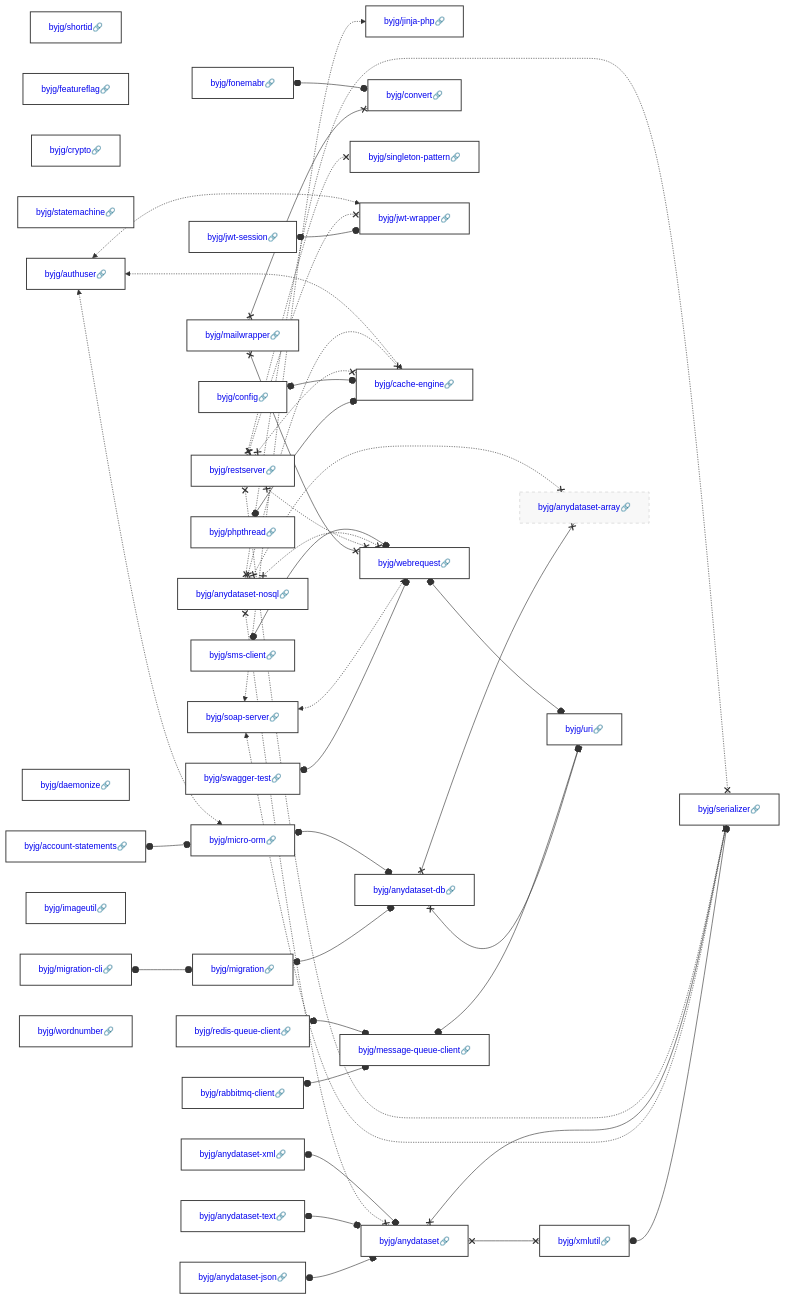
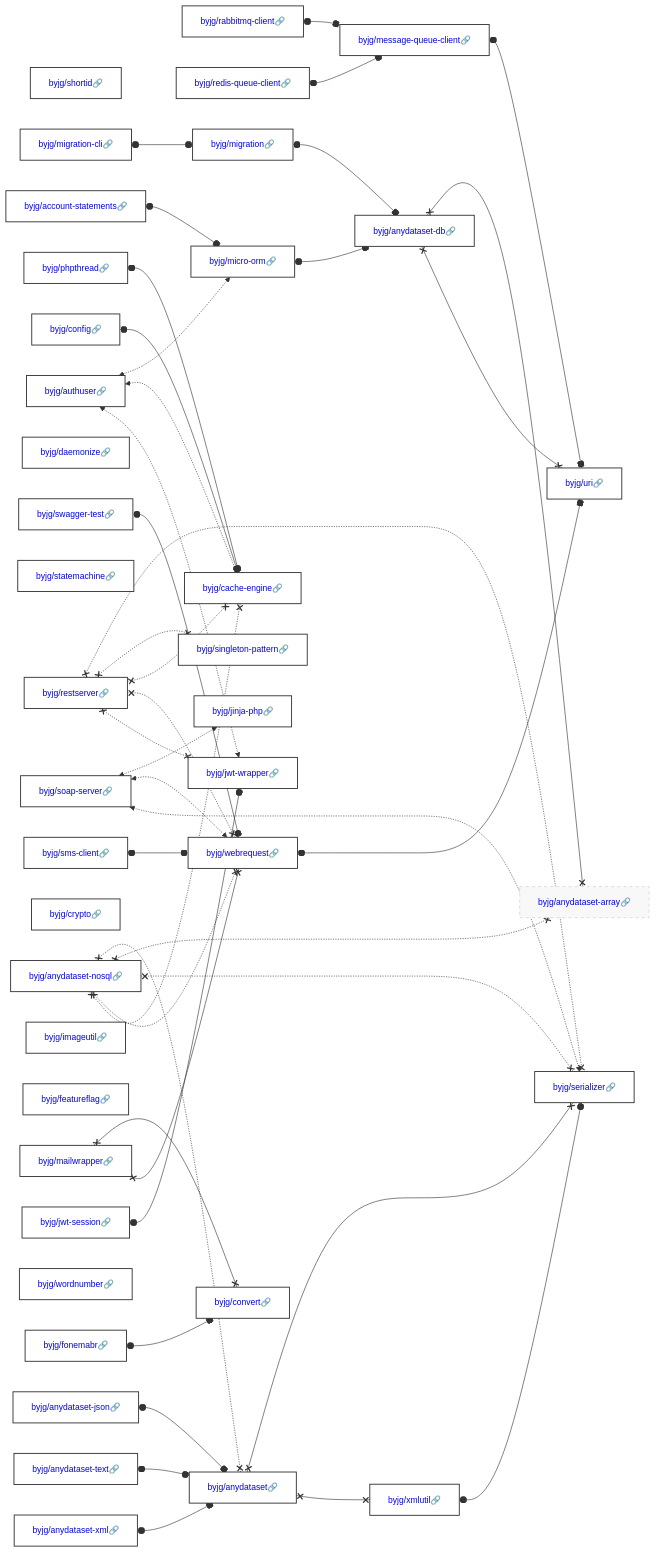
The diagram in docs/php/README.md (byjg/byjg.github.io), drawn with Mermaid before and after one commit. The commit also changed other lines of this file, not shown here.

Commit message:
Update documentation 'php' 'php-cache-engine'

````diff
--- a/docs/php/README.md
+++ b/docs/php/README.md
@@ -3,40 +3,40 @@
 ```mermaid
 graph LR;
-  byjg/anydataset-nosql[<a href='https://opensource.byjg.com/docs/php/anydataset-nosql' style='text-decoration:none'>byjg/anydataset-nosql🔗</a>];
-  byjg/anydataset-xml[<a href='https://opensource.byjg.com/docs/php/anydataset-xml' style='text-decoration:none'>byjg/anydataset-xml🔗</a>];
-  byjg/sms-client[<a href='https://opensource.byjg.com/docs/php/sms-client' style='text-decoration:none'>byjg/sms-client🔗</a>];
   byjg/shortid[<a href='https://opensource.byjg.com/docs/php/shortid' style='text-decoration:none'>byjg/shortid🔗</a>];
   byjg/rabbitmq-client[<a href='https://opensource.byjg.com/docs/php/rabbitmq-client' style='text-decoration:none'>byjg/rabbitmq-client🔗</a>];
-  byjg/fonemabr[<a href='https://opensource.byjg.com/docs/php/fonemabr' style='text-decoration:none'>byjg/fonemabr🔗</a>];
-  byjg/featureflag[<a href='https://opensource.byjg.com/docs/php/featureflag' style='text-decoration:none'>byjg/featureflag🔗</a>];
-  byjg/crypto[<a href='https://opensource.byjg.com/docs/php/crypto' style='text-decoration:none'>byjg/crypto🔗</a>];
+  byjg/account-statements[<a href='https://opensource.byjg.com/docs/php/account-statements' style='text-decoration:none'>byjg/account-statements🔗</a>];
+  byjg/anydataset-text[<a href='https://opensource.byjg.com/docs/php/anydataset-text' style='text-decoration:none'>byjg/anydataset-text🔗</a>];
+  byjg/swagger-test[<a href='https://opensource.byjg.com/docs/php/swagger-test' style='text-decoration:none'>byjg/swagger-test🔗</a>];
+  byjg/anydataset-nosql[<a href='https://opensource.byjg.com/docs/php/anydataset-nosql' style='text-decoration:none'>byjg/anydataset-nosql🔗</a>];
+  byjg/restserver[<a href='https://opensource.byjg.com/docs/php/restserver' style='text-decoration:none'>byjg/restserver🔗</a>];
+  byjg/daemonize[<a href='https://opensource.byjg.com/docs/php/daemonize' style='text-decoration:none'>byjg/daemonize🔗</a>];
+  byjg/phpthread[<a href='https://opensource.byjg.com/docs/php/phpthread' style='text-decoration:none'>byjg/phpthread🔗</a>];
   byjg/statemachine[<a href='https://opensource.byjg.com/docs/php/statemachine' style='text-decoration:none'>byjg/statemachine🔗</a>];
   byjg/soap-server[<a href='https://opensource.byjg.com/docs/php/soap-server' style='text-decoration:none'>byjg/soap-server🔗</a>];
-  byjg/phpthread[<a href='https://opensource.byjg.com/docs/php/phpthread' style='text-decoration:none'>byjg/phpthread🔗</a>];
-  byjg/account-statements[<a href='https://opensource.byjg.com/docs/php/account-statements' style='text-decoration:none'>byjg/account-statements🔗</a>];
-  byjg/jwt-session[<a href='https://opensource.byjg.com/docs/php/jwt-session' style='text-decoration:none'>byjg/jwt-session🔗</a>];
-  byjg/daemonize[<a href='https://opensource.byjg.com/docs/php/daemonize' style='text-decoration:none'>byjg/daemonize🔗</a>];
+  byjg/mailwrapper[<a href='https://opensource.byjg.com/docs/php/mailwrapper' style='text-decoration:none'>byjg/mailwrapper🔗</a>];
+  byjg/sms-client[<a href='https://opensource.byjg.com/docs/php/sms-client' style='text-decoration:none'>byjg/sms-client🔗</a>];
+  byjg/crypto[<a href='https://opensource.byjg.com/docs/php/crypto' style='text-decoration:none'>byjg/crypto🔗</a>];
+  byjg/migration-cli[<a href='https://opensource.byjg.com/docs/php/migration-cli' style='text-decoration:none'>byjg/migration-cli🔗</a>];
+  byjg/imageutil[<a href='https://opensource.byjg.com/docs/php/imageutil' style='text-decoration:none'>byjg/imageutil🔗</a>];
+  byjg/featureflag[<a href='https://opensource.byjg.com/docs/php/featureflag' style='text-decoration:none'>byjg/featureflag🔗</a>];
   byjg/redis-queue-client[<a href='https://opensource.byjg.com/docs/php/redis-queue-client' style='text-decoration:none'>byjg/redis-queue-client🔗</a>];
+  byjg/config[<a href='https://opensource.byjg.com/docs/php/config' style='text-decoration:none'>byjg/config🔗</a>];
   byjg/authuser[<a href='https://opensource.byjg.com/docs/php/authuser' style='text-decoration:none'>byjg/authuser🔗</a>];
-  byjg/imageutil[<a href='https://opensource.byjg.com/docs/php/imageutil' style='text-decoration:none'>byjg/imageutil🔗</a>];
-  byjg/mailwrapper[<a href='https://opensource.byjg.com/docs/php/mailwrapper' style='text-decoration:none'>byjg/mailwrapper🔗</a>];
-  byjg/restserver[<a href='https://opensource.byjg.com/docs/php/restserver' style='text-decoration:none'>byjg/restserver🔗</a>];
-  byjg/anydataset-text[<a href='https://opensource.byjg.com/docs/php/anydataset-text' style='text-decoration:none'>byjg/anydataset-text🔗</a>];
-  byjg/migration-cli[<a href='https://opensource.byjg.com/docs/php/migration-cli' style='text-decoration:none'>byjg/migration-cli🔗</a>];
-  byjg/config[<a href='https://opensource.byjg.com/docs/php/config' style='text-decoration:none'>byjg/config🔗</a>];
-  byjg/swagger-test[<a href='https://opensource.byjg.com/docs/php/swagger-test' style='text-decoration:none'>byjg/swagger-test🔗</a>];
   byjg/wordnumber[<a href='https://opensource.byjg.com/docs/php/wordnumber' style='text-decoration:none'>byjg/wordnumber🔗</a>];
   byjg/anydataset-json[<a href='https://opensource.byjg.com/docs/php/anydataset-json' style='text-decoration:none'>byjg/anydataset-json🔗</a>];
+  byjg/anydataset-xml[<a href='https://opensource.byjg.com/docs/php/anydataset-xml' style='text-decoration:none'>byjg/anydataset-xml🔗</a>];
+  byjg/jwt-session[<a href='https://opensource.byjg.com/docs/php/jwt-session' style='text-decoration:none'>byjg/jwt-session🔗</a>];
+  byjg/fonemabr[<a href='https://opensource.byjg.com/docs/php/fonemabr' style='text-decoration:none'>byjg/fonemabr🔗</a>];
+  byjg/singleton-pattern[<a href='https://opensource.byjg.com/docs/php/singleton-pattern' style='text-decoration:none'>byjg/singleton-pattern🔗</a>];
   byjg/jinja-php[<a href='https://opensource.byjg.com/docs/php/jinja-php' style='text-decoration:none'>byjg/jinja-php🔗</a>];
+  byjg/webrequest[<a href='https://opensource.byjg.com/docs/php/webrequest' style='text-decoration:none'>byjg/webrequest🔗</a>];
+  byjg/migration[<a href='https://opensource.byjg.com/docs/php/migration' style='text-decoration:none'>byjg/migration🔗</a>];
   byjg/message-queue-client[<a href='https://opensource.byjg.com/docs/php/message-queue-client' style='text-decoration:none'>byjg/message-queue-client🔗</a>];
   byjg/micro-orm[<a href='https://opensource.byjg.com/docs/php/micro-orm' style='text-decoration:none'>byjg/micro-orm🔗</a>];
+  byjg/cache-engine[<a href='https://opensource.byjg.com/docs/php/cache-engine' style='text-decoration:none'>byjg/cache-engine🔗</a>];
+  byjg/anydataset[<a href='https://opensource.byjg.com/docs/php/anydataset' style='text-decoration:none'>byjg/anydataset🔗</a>];
+  byjg/jwt-wrapper[<a href='https://opensource.byjg.com/docs/php/jwt-wrapper' style='text-decoration:none'>byjg/jwt-wrapper🔗</a>];
   byjg/convert[<a href='https://opensource.byjg.com/docs/php/convert' style='text-decoration:none'>byjg/convert🔗</a>];
-  byjg/singleton-pattern[<a href='https://opensource.byjg.com/docs/php/singleton-pattern' style='text-decoration:none'>byjg/singleton-pattern🔗</a>];
-  byjg/jwt-wrapper[<a href='https://opensource.byjg.com/docs/php/jwt-wrapper' style='text-decoration:none'>byjg/jwt-wrapper🔗</a>];
-  byjg/migration[<a href='https://opensource.byjg.com/docs/php/migration' style='text-decoration:none'>byjg/migration🔗</a>];
-  byjg/cache-engine[<a href='https://opensource.byjg.com/docs/php/cache-engine' style='text-decoration:none'>byjg/cache-engine🔗</a>];
-  byjg/webrequest[<a href='https://opensource.byjg.com/docs/php/webrequest' style='text-decoration:none'>byjg/webrequest🔗</a>];
-  byjg/anydataset[<a href='https://opensource.byjg.com/docs/php/anydataset' style='text-decoration:none'>byjg/anydataset🔗</a>];
   byjg/anydataset-db[<a href='https://opensource.byjg.com/docs/php/anydataset-db' style='text-decoration:none'>byjg/anydataset-db🔗</a>];
   byjg/xmlutil[<a href='https://opensource.byjg.com/docs/php/xmlutil' style='text-decoration:none'>byjg/xmlutil🔗</a>];
   byjg/anydataset-array[<a href='https://opensource.byjg.com/docs/php/anydataset-array' style='text-decoration:none'>byjg/anydataset-array🔗</a>];
````
